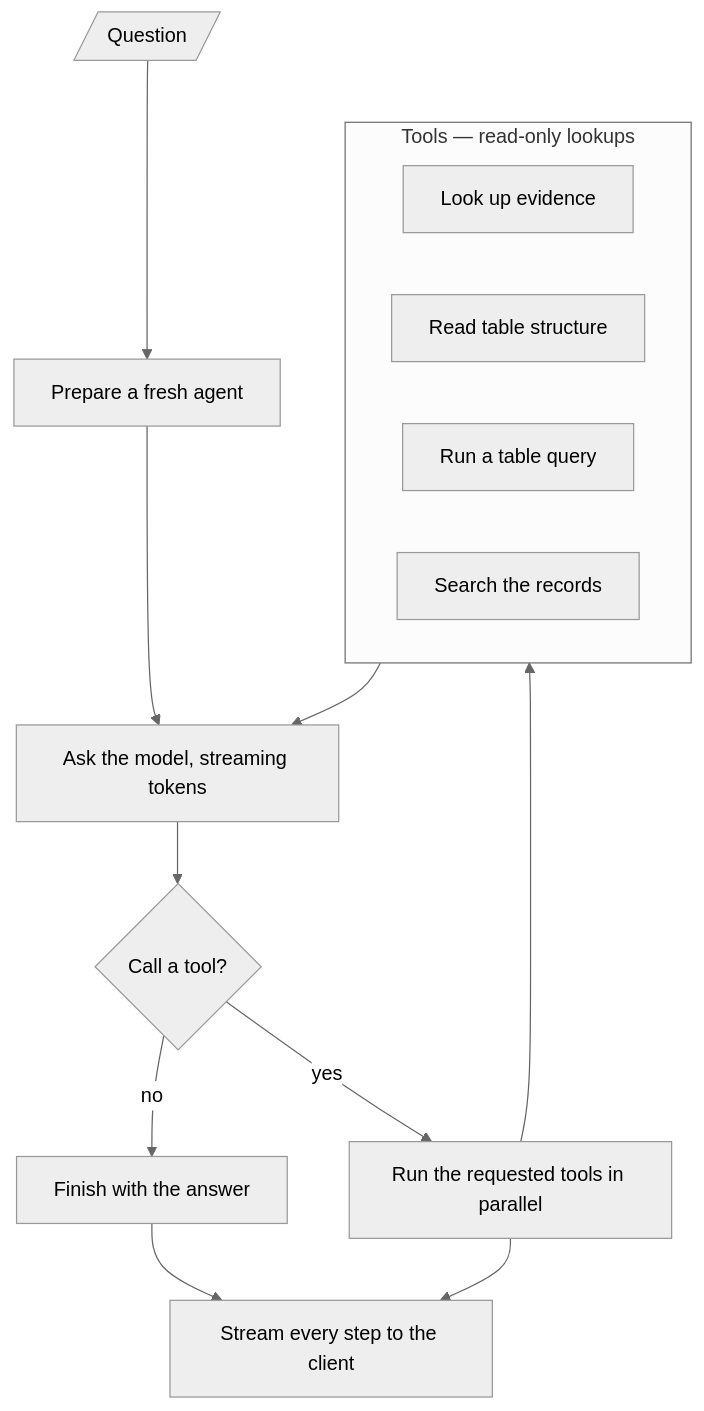
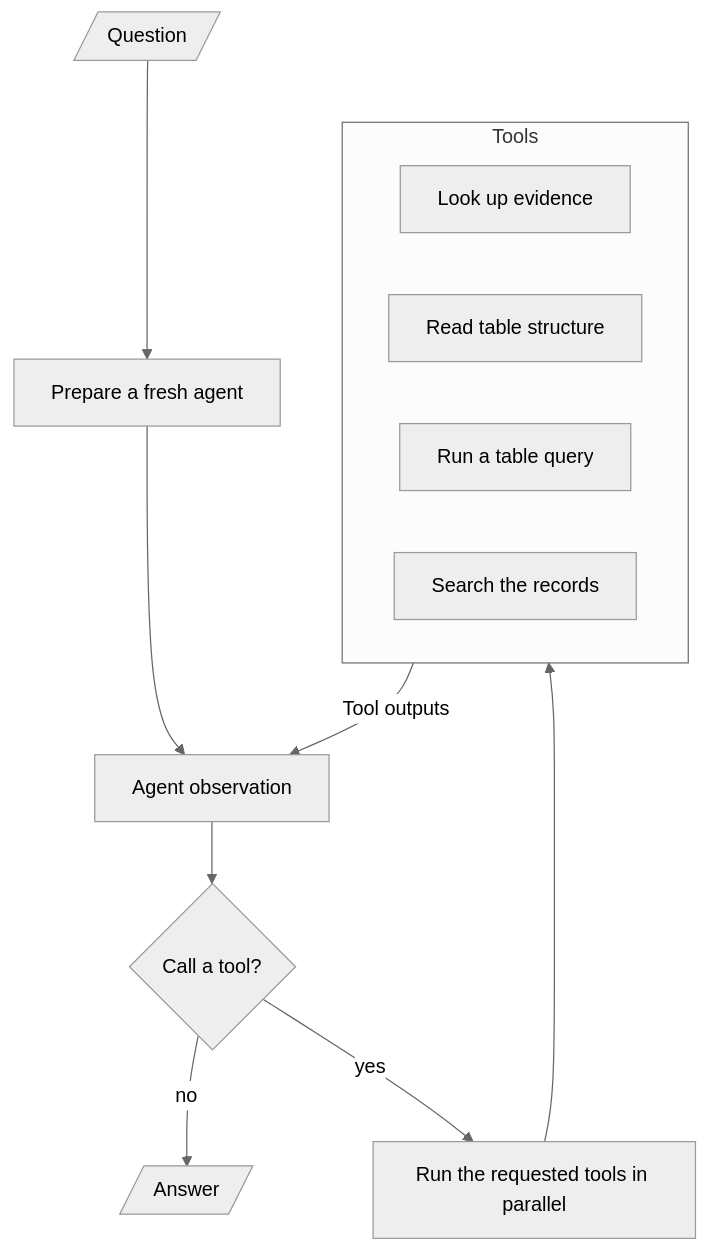
The fourth of 5 diagrams in README.md (kylehue/agentic-rag), drawn with Mermaid (neutral theme) before and after one commit. The commit also changed other lines of this file, not shown here.

First line of the commit message:
docs(readme): update project structure and clarify agent workflow

````diff
--- a/README.md
+++ b/README.md
@@ -197,20 +196,18 @@
 ```mermaid
 flowchart TD
     Q[/Question/] --> A["Prepare a fresh agent"]
-    A --> B["Ask the model, streaming tokens"]
+    A --> B["Agent observation"]
     B --> C{"Call a tool?"}
-    C -->|no| D["Finish with the answer"]
+    C -->|no| D[/Answer/]
     C -->|yes| E["Run the requested tools in parallel"]
 
-    subgraph TOOLS["Tools — read-only lookups"]
+    subgraph TOOLS["Tools"]
         T1["Look up evidence"]
         T2["Read table structure"]
         T3["Run a table query"]
         T4["Search the records"]
     end
 
     E --> TOOLS
-    TOOLS --> B
-    D --> G["Stream every step to the client"]
-    E --> G
+    TOOLS -- Tool outputs --> B
 ```
````
